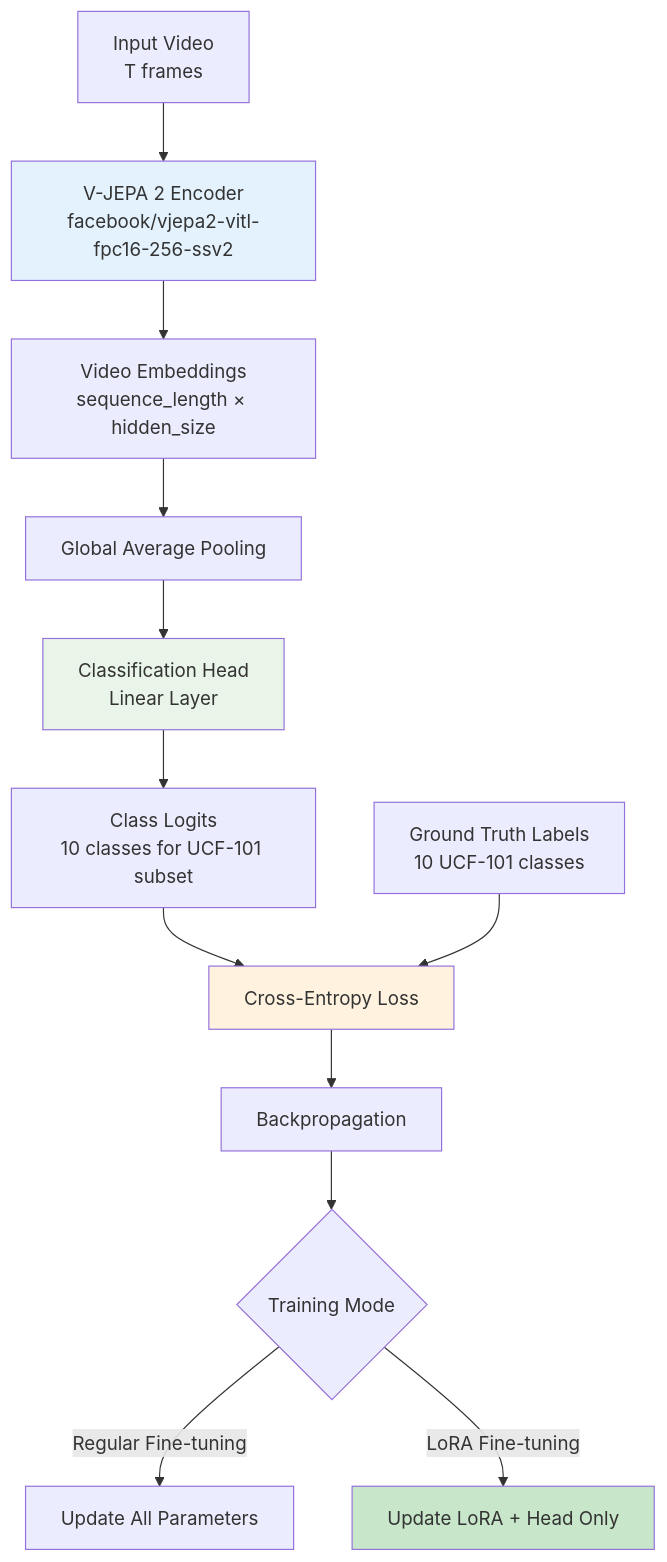
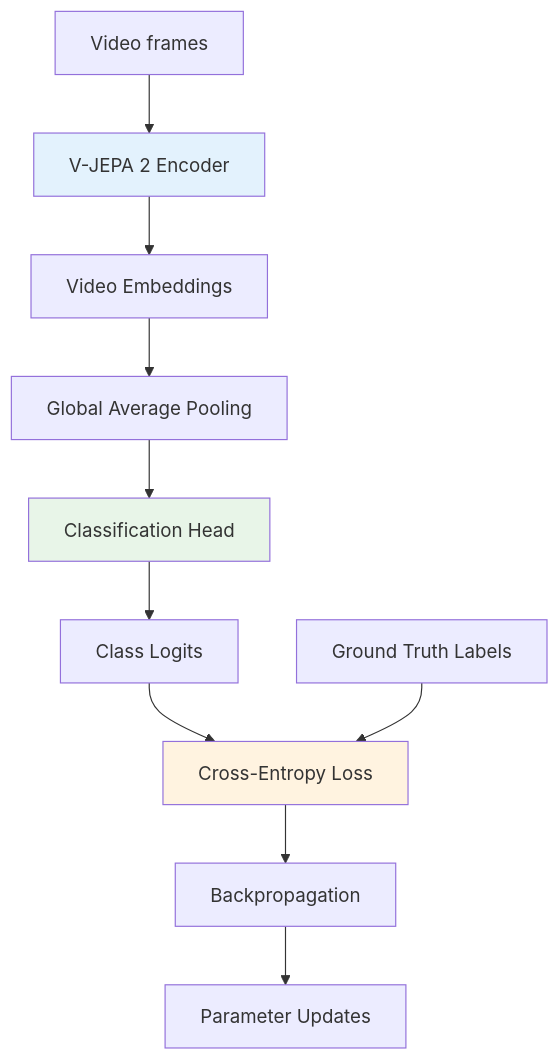
The first of 6 diagrams in lora_architecture_diagrams.md (ZacCarrico/vjepa2), drawn with Mermaid before and after one commit.

Commit message:
simplifying diagram

````diff
--- a/lora_architecture_diagrams.md
+++ b/lora_architecture_diagrams.md
@@ -6,20 +6,17 @@
 ```mermaid
 graph TD
-    A[Input Video<br/>T frames] --> B[V-JEPA 2 Encoder<br/>facebook/vjepa2-vitl-fpc16-256-ssv2]
-    B --> C[Video Embeddings<br/>sequence_length × hidden_size]
+    A[Video frames] --> B[V-JEPA 2 Encoder]
+    B --> C[Video Embeddings]
     C --> D[Global Average Pooling]
-    D --> E[Classification Head<br/>Linear Layer]
-    E --> F[Class Logits<br/>10 classes for UCF-101 subset]
+    D --> E[Classification Head]
+    E --> F[Class Logits]
     F --> G[Cross-Entropy Loss]
 
-    H[Ground Truth Labels<br/>10 UCF-101 classes] --> G
+    H[Ground Truth Labels] --> G
     G --> I[Backpropagation]
-    I --> J{Training Mode}
-    J -->|Regular Fine-tuning| K[Update All Parameters]
-    J -->|LoRA Fine-tuning| L[Update LoRA + Head Only]
+    I --> J[Parameter Updates]
 
     style B fill:#e3f2fd
     style E fill:#e8f5e8
     style G fill:#fff3e0
-    style L fill:#c8e6c9
 ```
````
